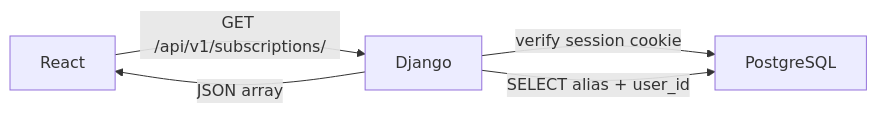
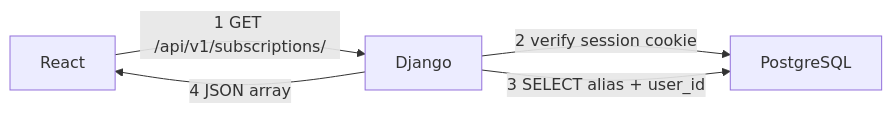
One commit to QWERTYPIG/2026-NASA3-Mail-Subscription changed the second of 4 diagrams in docs/architecture.md. Above: the diagram before and after it, drawn with Mermaid. The commit also changed other lines of this file and 1 other file, not shown here.

````diff
--- a/docs/architecture.md
+++ b/docs/architecture.md
@@ -35,7 +35,7 @@
 ```mermaid
 flowchart LR
-  React["React"] -->|GET /api/v1/subscriptions/| Django["Django"]
-  Django -->|verify session cookie| PostgreSQL["PostgreSQL"]
-  Django -->|SELECT alias + user_id| PostgreSQL
-  Django -->|JSON array| React
+  React["React"] -->|1 GET /api/v1/subscriptions/| Django["Django"]
+  Django -->|2 verify session cookie| PostgreSQL["PostgreSQL"]
+  Django -->|3 SELECT alias + user_id| PostgreSQL
+  Django -->|4 JSON array| React
 ```
````
